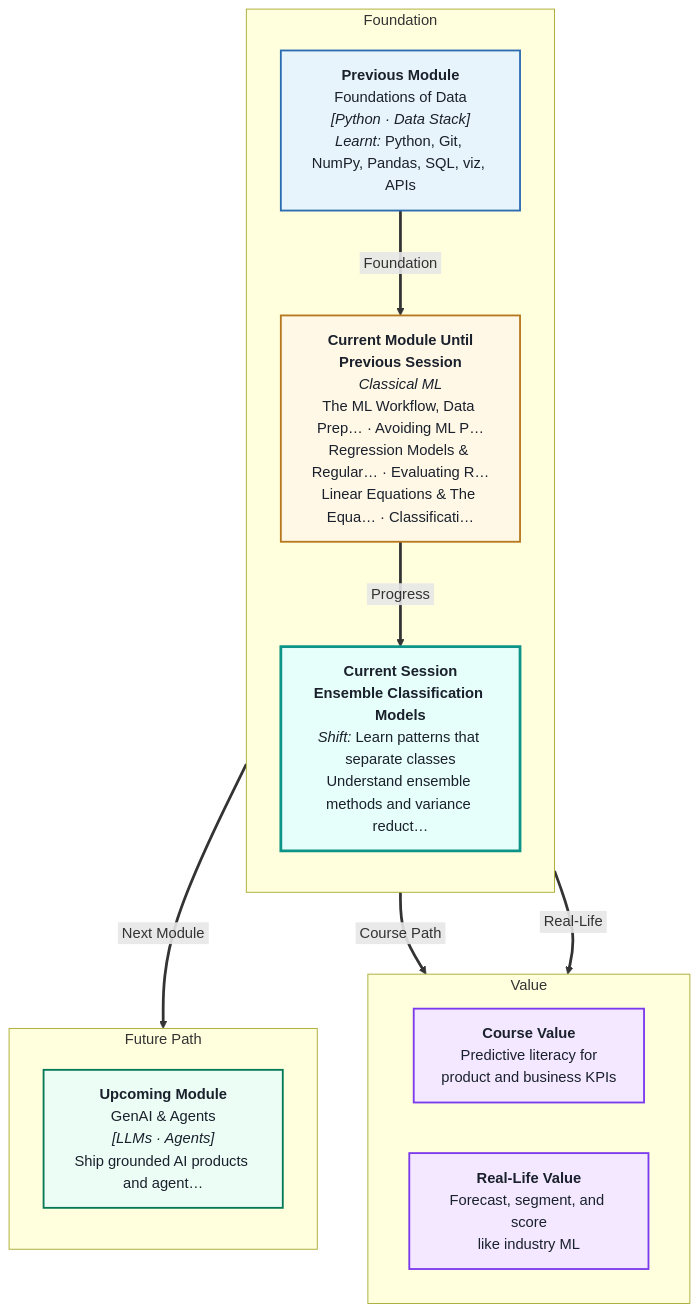
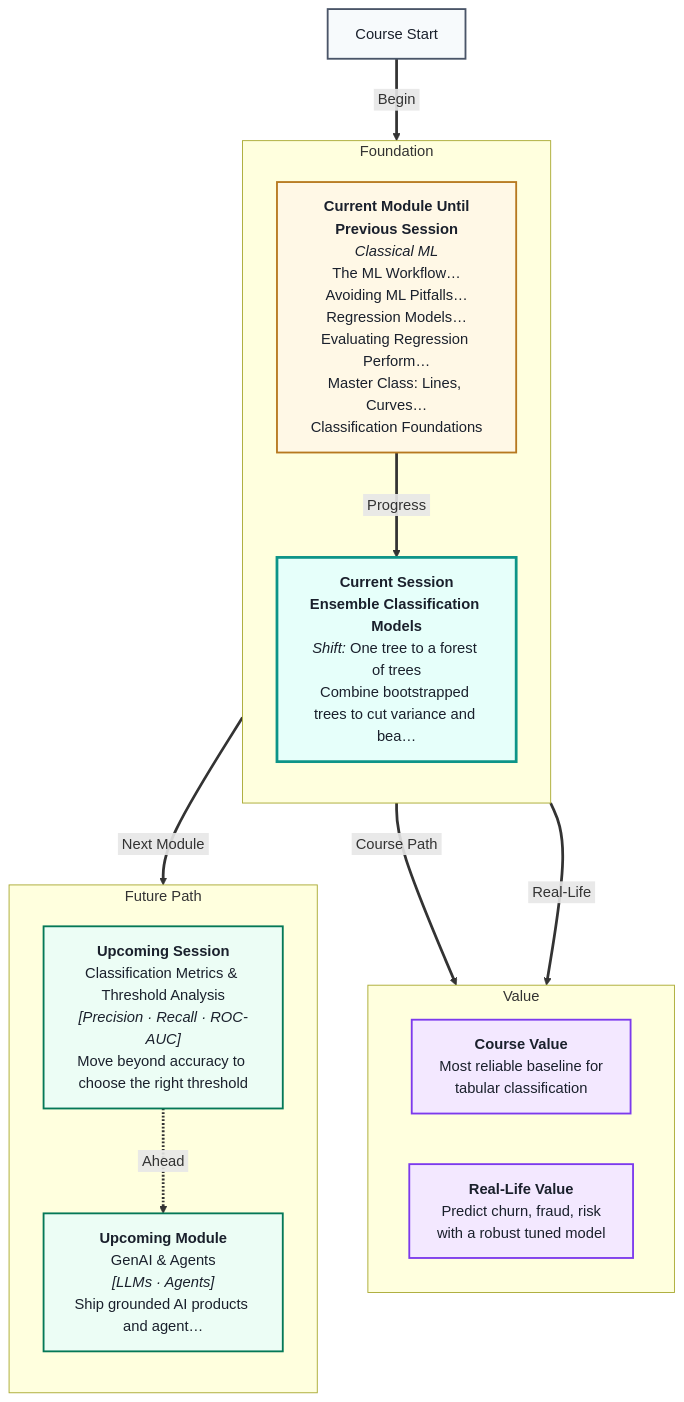
Before and after one commit to ritzrmx/Masai_Curriculum: the diagram in IITP_AIML_Regional/IITP-AIMLTN-2605/Module 2- Classical ML/Session 7- Ensemble Classification Models/mental Map: Ensemble Classification Models.md, drawn with Mermaid. The commit also changed 47 other files, not shown here.

First line of the commit message:
Regenerate Module 2 (Classical ML) lecture scripts, mental maps & coding problems

````diff
--- a/IITP_AIML_Regional/IITP-AIMLTN-2605/Module 2- Classical ML/Session 7- Ensemble Classification Models/mental Map: Ensemble Classification Models.md
+++ b/IITP_AIML_Regional/IITP-AIMLTN-2605/Module 2- Classical ML/Session 7- Ensemble Classification Models/mental Map: Ensemble Classification Models.md
@@ -1,41 +1,42 @@
 ```mermaid
 %%{init: {'flowchart': {'nodeSpacing': 55, 'rankSpacing': 65, 'diagramPadding': 24}}}%%
 flowchart TB
 linkStyle default stroke-width:3px
 
 subgraph foundation[" Foundation "]
 direction TB
-    P0["<b>Previous Module</b><br/>Foundations of Data<br/><i>[Python · Data Stack]</i><br/><i>Learnt:</i> Python, Git, NumPy, Pandas, SQL, viz, APIs"]
-    CURMOD["<b>Current Module Until<br/>Previous Session</b><br/><i>Classical ML</i><br/>The ML Workflow, Data Prep… · Avoiding ML P…<br/>Regression Models & Regular… · Evaluating R…<br/>Linear Equations & The Equa… · Classificati…"]
-    CURSES["<b>Current Session</b><br/><b>Ensemble Classification Models</b><br/><i>Shift:</i> Learn patterns that separate classes<br/>Understand ensemble methods and variance reduct…"]
+    CURMOD["<b>Current Module Until<br/>Previous Session</b><br/><i>Classical ML</i><br/>The ML Workflow…<br/>Avoiding ML Pitfalls…<br/>Regression Models…<br/>Evaluating Regression Perform…<br/>Master Class: Lines, Curves…<br/>Classification Foundations"]
+    CURSES["<b>Current Session</b><br/><b>Ensemble Classification Models</b><br/><i>Shift:</i> One tree to a forest of trees<br/>Combine bootstrapped trees to cut variance and bea…"]
 end
 
 subgraph value[" Value "]
 direction LR
-    CVAL["<b>Course Value</b><br/>Predictive literacy for<br/>product and business KPIs"]
-    RVAL["<b>Real-Life Value</b><br/>Forecast, segment, and score<br/>like industry ML"]
+    CVAL["<b>Course Value</b><br/>Most reliable baseline for<br/>tabular classification"]
+    RVAL["<b>Real-Life Value</b><br/>Predict churn, fraud, risk<br/>with a robust tuned model"]
 end
 
 subgraph future[" Future Path "]
 direction TB
-    U0["<b>Upcoming Module</b><br/>GenAI & Agents<br/><i>[LLMs · Agents]</i><br/>Ship grounded AI products and agent…"]
+    U0["<b>Upcoming Session</b><br/>Classification Metrics & Threshold Analysis<br/><i>[Precision · Recall · ROC-AUC]</i><br/>Move beyond accuracy to choose the right threshold"]
+    U1["<b>Upcoming Module</b><br/>GenAI & Agents<br/><i>[LLMs · Agents]</i><br/>Ship grounded AI products and agent…"]
 end
 
-P0 ==>|&nbsp;Foundation&nbsp;| CURMOD
+START["Course Start"] ==>|&nbsp;Begin&nbsp;| CURMOD
 CURMOD ==>|&nbsp;Progress&nbsp;| CURSES
 CURSES ==>|&nbsp;Course Path&nbsp;| CVAL
 CURSES ==>|&nbsp;Real-Life&nbsp;| RVAL
 CURSES ==>|&nbsp;Next Module&nbsp;| U0
+U0 -.->|&nbsp;Ahead&nbsp;| U1
 
 classDef prevBox fill:#E8F4FC,stroke:#2B6CB0,stroke-width:2px,color:#1A202C
 classDef curModBox fill:#FFF8E6,stroke:#B7791F,stroke-width:2px,color:#1A202C
 classDef curSessBox fill:#E6FFFA,stroke:#0D9488,stroke-width:3px,color:#1A202C
 classDef valueBox fill:#F3E8FF,stroke:#7C3AED,stroke-width:2px,color:#1A202C
 classDef futureBox fill:#ECFDF5,stroke:#047857,stroke-width:2px,color:#1A202C
 classDef startBox fill:#F7FAFC,stroke:#4A5568,stroke-width:2px,color:#1A202C
-class P0 prevBox
+class START startBox
 class CURMOD curModBox
 class CURSES curSessBox
 class CVAL,RVAL valueBox
-class U0 futureBox
+class U0,U1 futureBox
 ```
````
